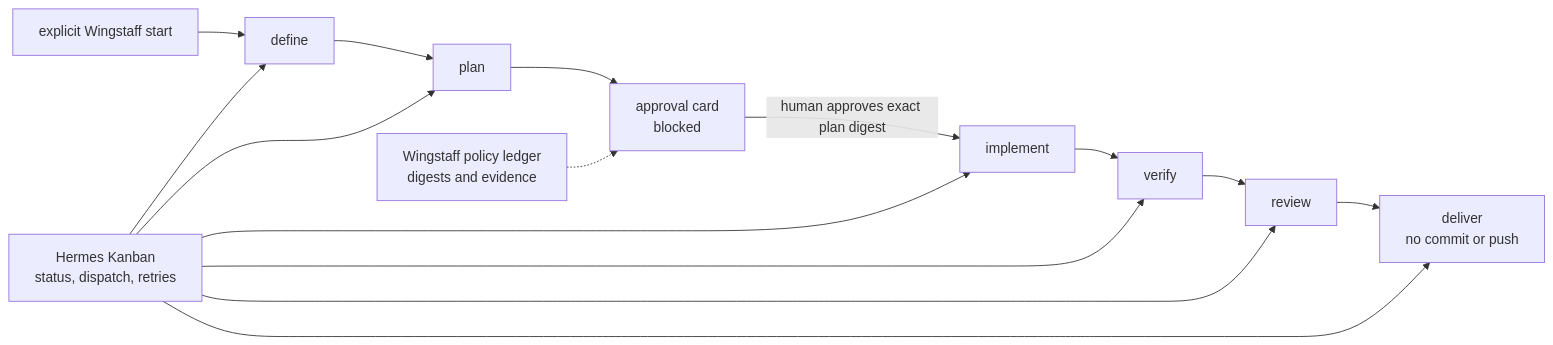
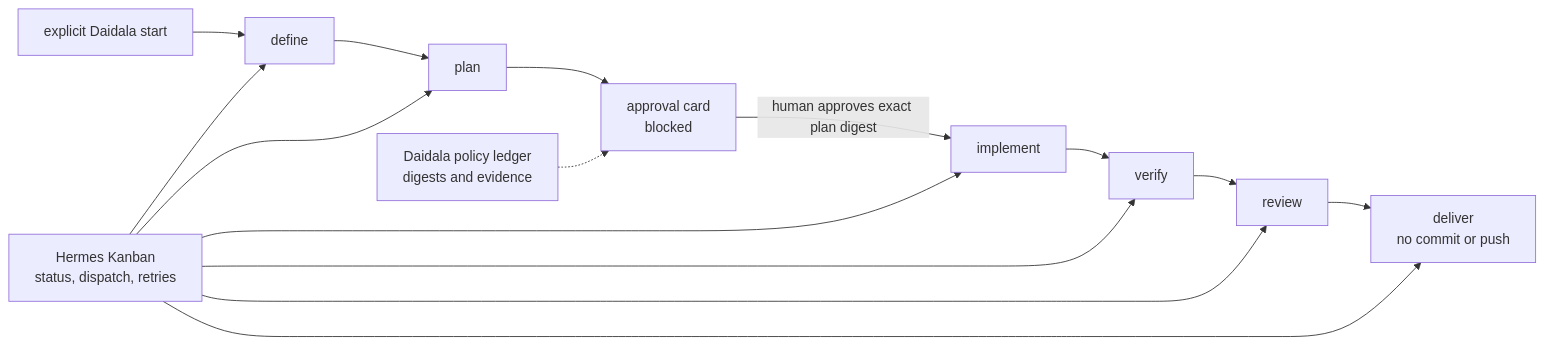
Before and after one commit to forgegod/daidala: the diagram in README.md, drawn with Mermaid. The commit also changed other lines of this file and 28 other files, not shown here.

````diff
--- a/README.md
+++ b/README.md
@@ -59,18 +59,18 @@
 ```mermaid
 flowchart LR
-    S["explicit Wingstaff start"] --> D["define"]
+    S["explicit Daidala start"] --> D["define"]
     D --> P["plan"]
     P --> G["approval card<br>blocked"]
     G -->|"human approves exact plan digest"| I["implement"]
     I --> V["verify"]
     V --> R["review"]
     R --> DL["deliver<br>no commit or push"]
 
     H["Hermes Kanban<br>status, dispatch, retries"] --> D
     H --> P
     H --> I
     H --> V
     H --> R
     H --> DL
-    W["Wingstaff policy ledger<br>digests and evidence"] -.-> G
+    W["Daidala policy ledger<br>digests and evidence"] -.-> G
 ```
````
